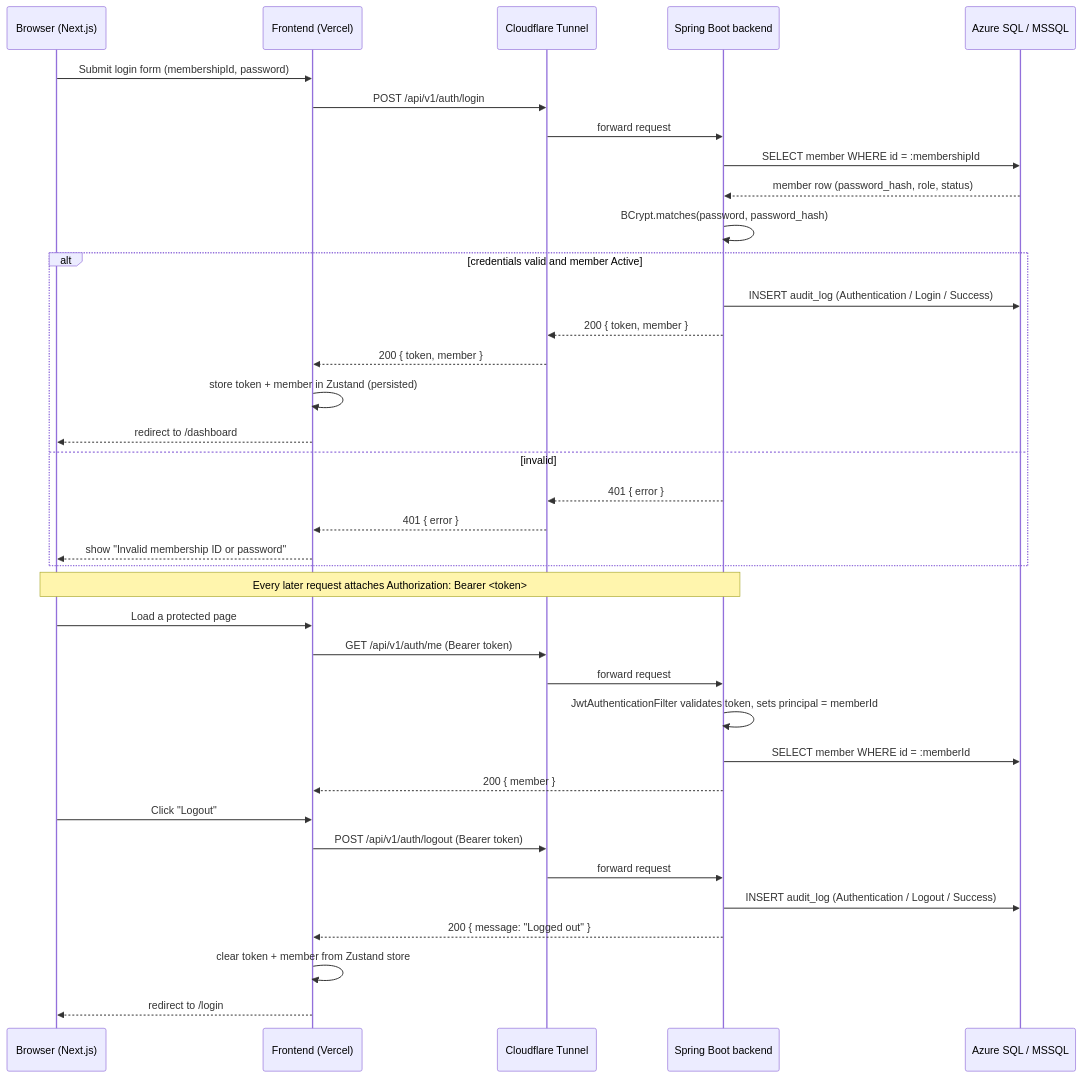
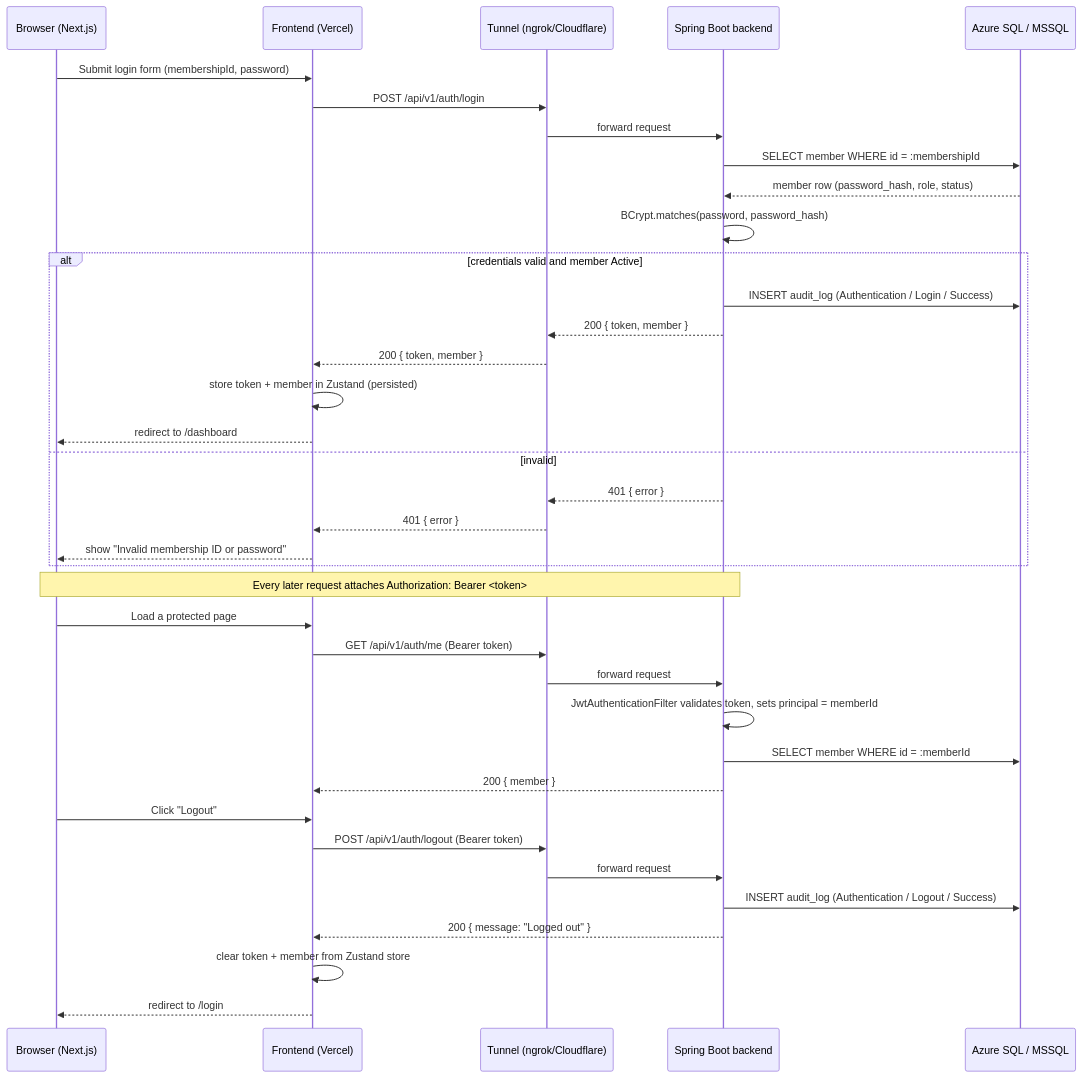
The first of 3 diagrams in documentation/flows.md (turontechnologies/t-coop-backend), drawn with Mermaid before and after one commit. The commit also changed other lines of this file and 12 other files, not shown here.

````diff
--- a/documentation/flows.md
+++ b/documentation/flows.md
@@ -8,42 +9,42 @@
 ```mermaid
 sequenceDiagram
     participant U as Browser (Next.js)
     participant F as Frontend (Vercel)
-    participant T as Cloudflare Tunnel
+    participant T as Tunnel (ngrok/Cloudflare)
     participant B as Spring Boot backend
     participant DB as Azure SQL / MSSQL
 
     U->>F: Submit login form (membershipId, password)
     F->>T: POST /api/v1/auth/login
     T->>B: forward request
     B->>DB: SELECT member WHERE id = :membershipId
     DB-->>B: member row (password_hash, role, status)
     B->>B: BCrypt.matches(password, password_hash)
     alt credentials valid and member Active
         B->>DB: INSERT audit_log (Authentication / Login / Success)
         B-->>T: 200 { token, member }
         T-->>F: 200 { token, member }
         F->>F: store token + member in Zustand (persisted)
         F-->>U: redirect to /dashboard
     else invalid
         B-->>T: 401 { error }
         T-->>F: 401 { error }
         F-->>U: show "Invalid membership ID or password"
     end
 
     Note over U,B: Every later request attaches Authorization: Bearer <token>
     U->>F: Load a protected page
     F->>T: GET /api/v1/auth/me (Bearer token)
     T->>B: forward request
     B->>B: JwtAuthenticationFilter validates token, sets principal = memberId
     B->>DB: SELECT member WHERE id = :memberId
     B-->>F: 200 { member }
 
     U->>F: Click "Logout"
     F->>T: POST /api/v1/auth/logout (Bearer token)
     T->>B: forward request
     B->>DB: INSERT audit_log (Authentication / Logout / Success)
     B-->>F: 200 { message: "Logged out" }
     F->>F: clear token + member from Zustand store
     F-->>U: redirect to /login
 ```
````
